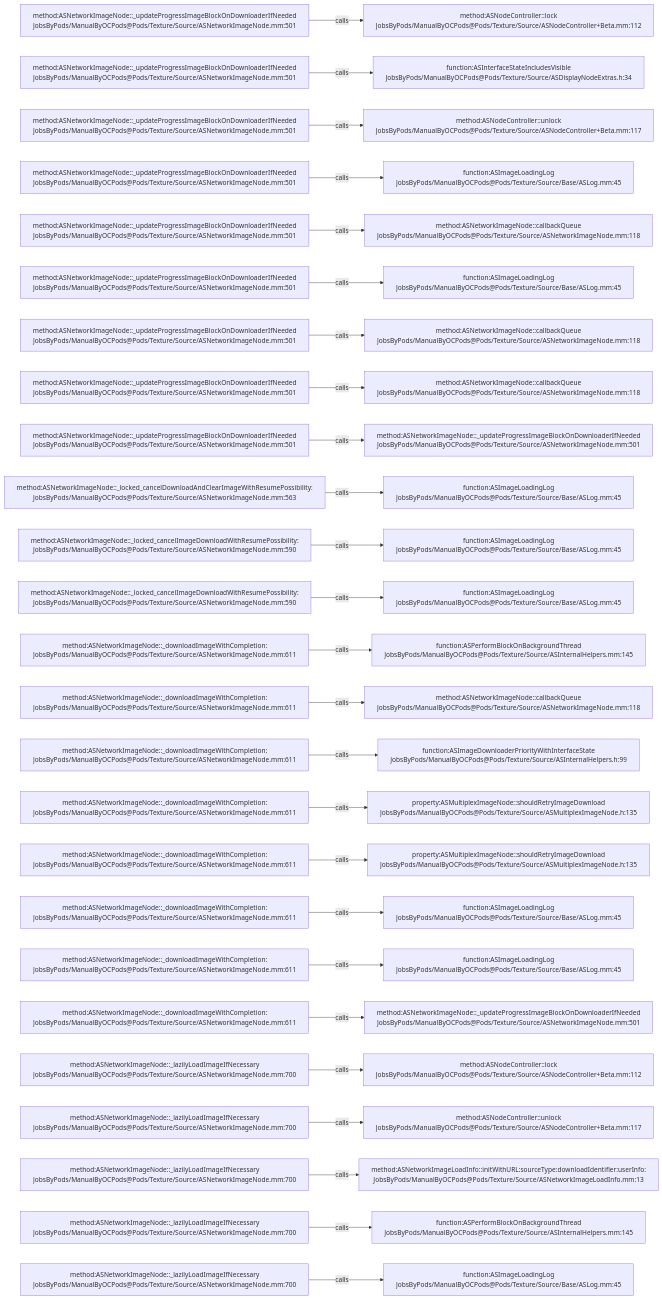
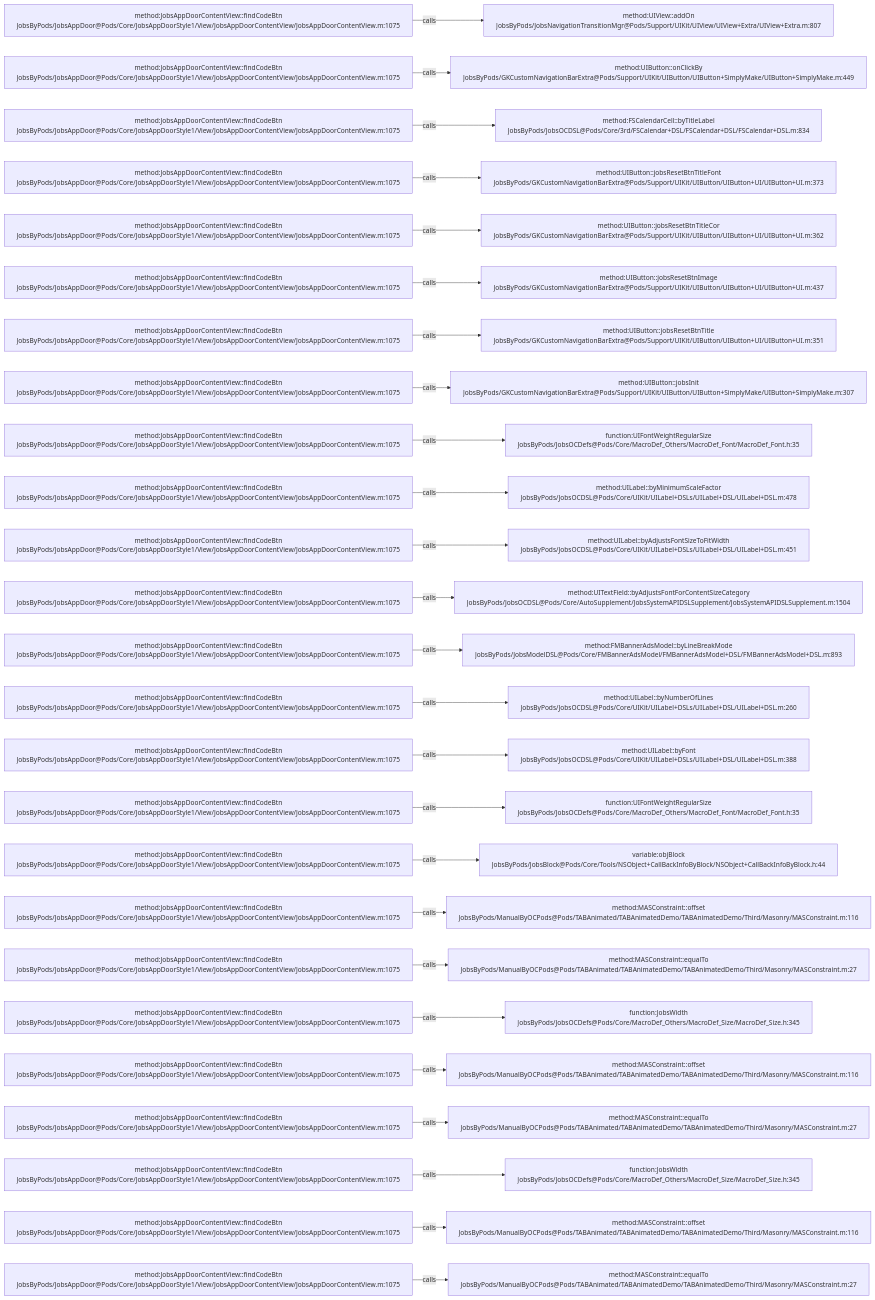
The diagram in .codegraph/codegraph.md/graphs/calls-103.md (JobsKits/JobsOCBaseConfigDemo), drawn with Mermaid before and after one commit. The commit also changed 768 other files, not shown here.

````diff
--- a/.codegraph/codegraph.md/graphs/calls-103.md
+++ b/.codegraph/codegraph.md/graphs/calls-103.md
@@ -13,78 +13,78 @@
 ```mermaid
 flowchart LR
-  S1["method:ASNetworkImageNode::_updateProgressImageBlockOnDownloaderIfNeeded<br/>JobsByPods/ManualByOCPods@Pods/Texture/Source/ASNetworkImageNode.mm:501"]
-  T1["method:ASNodeController::lock<br/>JobsByPods/ManualByOCPods@Pods/Texture/Source/ASNodeController+Beta.mm:112"]
+  S1["method:JobsAppDoorContentView::findCodeBtn<br/>JobsByPods/JobsAppDoor@Pods/Core/JobsAppDoorStyle1/View/JobsAppDoorContentView/JobsAppDoorContentView.m:1075"]
+  T1["method:UIView::addOn<br/>JobsByPods/JobsNavigationTransitionMgr@Pods/Support/UIKit/UIView/UIView+Extra/UIView+Extra.m:807"]
   S1 -->|calls| T1
-  S2["method:ASNetworkImageNode::_updateProgressImageBlockOnDownloaderIfNeeded<br/>JobsByPods/ManualByOCPods@Pods/Texture/Source/ASNetworkImageNode.mm:501"]
-  T2["function:ASInterfaceStateIncludesVisible<br/>JobsByPods/ManualByOCPods@Pods/Texture/Source/ASDisplayNodeExtras.h:34"]
+  S2["method:JobsAppDoorContentView::findCodeBtn<br/>JobsByPods/JobsAppDoor@Pods/Core/JobsAppDoorStyle1/View/JobsAppDoorContentView/JobsAppDoorContentView.m:1075"]
+  T2["method:UIButton::onClickBy<br/>JobsByPods/GKCustomNavigationBarExtra@Pods/Support/UIKit/UIButton/UIButton+SimplyMake/UIButton+SimplyMake.m:449"]
   S2 -->|calls| T2
-  S3["method:ASNetworkImageNode::_updateProgressImageBlockOnDownloaderIfNeeded<br/>JobsByPods/ManualByOCPods@Pods/Texture/Source/ASNetworkImageNode.mm:501"]
-  T3["method:ASNodeController::unlock<br/>JobsByPods/ManualByOCPods@Pods/Texture/Source/ASNodeController+Beta.mm:117"]
+  S3["method:JobsAppDoorContentView::findCodeBtn<br/>JobsByPods/JobsAppDoor@Pods/Core/JobsAppDoorStyle1/View/JobsAppDoorContentView/JobsAppDoorContentView.m:1075"]
+  T3["method:FSCalendarCell::byTitleLabel<br/>JobsByPods/JobsOCDSL@Pods/Core/3rd/FSCalendar+DSL/FSCalendar+DSL/FSCalendar+DSL.m:834"]
   S3 -->|calls| T3
-  S4["method:ASNetworkImageNode::_updateProgressImageBlockOnDownloaderIfNeeded<br/>JobsByPods/ManualByOCPods@Pods/Texture/Source/ASNetworkImageNode.mm:501"]
-  T4["function:ASImageLoadingLog<br/>JobsByPods/ManualByOCPods@Pods/Texture/Source/Base/ASLog.mm:45"]
+  S4["method:JobsAppDoorContentView::findCodeBtn<br/>JobsByPods/JobsAppDoor@Pods/Core/JobsAppDoorStyle1/View/JobsAppDoorContentView/JobsAppDoorContentView.m:1075"]
+  T4["method:UIButton::jobsResetBtnTitleFont<br/>JobsByPods/GKCustomNavigationBarExtra@Pods/Support/UIKit/UIButton/UIButton+UI/UIButton+UI.m:373"]
   S4 -->|calls| T4
-  S5["method:ASNetworkImageNode::_updateProgressImageBlockOnDownloaderIfNeeded<br/>JobsByPods/ManualByOCPods@Pods/Texture/Source/ASNetworkImageNode.mm:501"]
-  T5["method:ASNetworkImageNode::callbackQueue<br/>JobsByPods/ManualByOCPods@Pods/Texture/Source/ASNetworkImageNode.mm:118"]
+  S5["method:JobsAppDoorContentView::findCodeBtn<br/>JobsByPods/JobsAppDoor@Pods/Core/JobsAppDoorStyle1/View/JobsAppDoorContentView/JobsAppDoorContentView.m:1075"]
+  T5["method:UIButton::jobsResetBtnTitleCor<br/>JobsByPods/GKCustomNavigationBarExtra@Pods/Support/UIKit/UIButton/UIButton+UI/UIButton+UI.m:362"]
   S5 -->|calls| T5
-  S6["method:ASNetworkImageNode::_updateProgressImageBlockOnDownloaderIfNeeded<br/>JobsByPods/ManualByOCPods@Pods/Texture/Source/ASNetworkImageNode.mm:501"]
-  T6["function:ASImageLoadingLog<br/>JobsByPods/ManualByOCPods@Pods/Texture/Source/Base/ASLog.mm:45"]
+  S6["method:JobsAppDoorContentView::findCodeBtn<br/>JobsByPods/JobsAppDoor@Pods/Core/JobsAppDoorStyle1/View/JobsAppDoorContentView/JobsAppDoorContentView.m:1075"]
+  T6["method:UIButton::jobsResetBtnImage<br/>JobsByPods/GKCustomNavigationBarExtra@Pods/Support/UIKit/UIButton/UIButton+UI/UIButton+UI.m:437"]
   S6 -->|calls| T6
-  S7["method:ASNetworkImageNode::_updateProgressImageBlockOnDownloaderIfNeeded<br/>JobsByPods/ManualByOCPods@Pods/Texture/Source/ASNetworkImageNode.mm:501"]
-  T7["method:ASNetworkImageNode::callbackQueue<br/>JobsByPods/ManualByOCPods@Pods/Texture/Source/ASNetworkImageNode.mm:118"]
+  S7["method:JobsAppDoorContentView::findCodeBtn<br/>JobsByPods/JobsAppDoor@Pods/Core/JobsAppDoorStyle1/View/JobsAppDoorContentView/JobsAppDoorContentView.m:1075"]
+  T7["method:UIButton::jobsResetBtnTitle<br/>JobsByPods/GKCustomNavigationBarExtra@Pods/Support/UIKit/UIButton/UIButton+UI/UIButton+UI.m:351"]
   S7 -->|calls| T7
-  S8["method:ASNetworkImageNode::_updateProgressImageBlockOnDownloaderIfNeeded<br/>JobsByPods/ManualByOCPods@Pods/Texture/Source/ASNetworkImageNode.mm:501"]
-  T8["method:ASNetworkImageNode::callbackQueue<br/>JobsByPods/ManualByOCPods@Pods/Texture/Source/ASNetworkImageNode.mm:118"]
+  S8["method:JobsAppDoorContentView::findCodeBtn<br/>JobsByPods/JobsAppDoor@Pods/Core/JobsAppDoorStyle1/View/JobsAppDoorContentView/JobsAppDoorContentView.m:1075"]
+  T8["method:UIButton::jobsInit<br/>JobsByPods/GKCustomNavigationBarExtra@Pods/Support/UIKit/UIButton/UIButton+SimplyMake/UIButton+SimplyMake.m:307"]
   S8 -->|calls| T8
-  S9["method:ASNetworkImageNode::_updateProgressImageBlockOnDownloaderIfNeeded<br/>JobsByPods/ManualByOCPods@Pods/Texture/Source/ASNetworkImageNode.mm:501"]
-  T9["method:ASNetworkImageNode::_updateProgressImageBlockOnDownloaderIfNeeded<br/>JobsByPods/ManualByOCPods@Pods/Texture/Source/ASNetworkImageNode.mm:501"]
+  S9["method:JobsAppDoorContentView::findCodeBtn<br/>JobsByPods/JobsAppDoor@Pods/Core/JobsAppDoorStyle1/View/JobsAppDoorContentView/JobsAppDoorContentView.m:1075"]
+  T9["function:UIFontWeightRegularSize<br/>JobsByPods/JobsOCDefs@Pods/Core/MacroDef_Others/MacroDef_Font/MacroDef_Font.h:35"]
   S9 -->|calls| T9
-  S10["method:ASNetworkImageNode::_locked_cancelDownloadAndClearImageWithResumePossibility:<br/>JobsByPods/ManualByOCPods@Pods/Texture/Source/ASNetworkImageNode.mm:563"]
-  T10["function:ASImageLoadingLog<br/>JobsByPods/ManualByOCPods@Pods/Texture/Source/Base/ASLog.mm:45"]
+  S10["method:JobsAppDoorContentView::findCodeBtn<br/>JobsByPods/JobsAppDoor@Pods/Core/JobsAppDoorStyle1/View/JobsAppDoorContentView/JobsAppDoorContentView.m:1075"]
+  T10["method:UILabel::byMinimumScaleFactor<br/>JobsByPods/JobsOCDSL@Pods/Core/UIKit/UILabel+DSLs/UILabel+DSL/UILabel+DSL.m:478"]
   S10 -->|calls| T10
-  S11["method:ASNetworkImageNode::_locked_cancelImageDownloadWithResumePossibility:<br/>JobsByPods/ManualByOCPods@Pods/Texture/Source/ASNetworkImageNode.mm:590"]
-  T11["function:ASImageLoadingLog<br/>JobsByPods/ManualByOCPods@Pods/Texture/Source/Base/ASLog.mm:45"]
+  S11["method:JobsAppDoorContentView::findCodeBtn<br/>JobsByPods/JobsAppDoor@Pods/Core/JobsAppDoorStyle1/View/JobsAppDoorContentView/JobsAppDoorContentView.m:1075"]
+  T11["method:UILabel::byAdjustsFontSizeToFitWidth<br/>JobsByPods/JobsOCDSL@Pods/Core/UIKit/UILabel+DSLs/UILabel+DSL/UILabel+DSL.m:451"]
   S11 -->|calls| T11
-  S12["method:ASNetworkImageNode::_locked_cancelImageDownloadWithResumePossibility:<br/>JobsByPods/ManualByOCPods@Pods/Texture/Source/ASNetworkImageNode.mm:590"]
-  T12["function:ASImageLoadingLog<br/>JobsByPods/ManualByOCPods@Pods/Texture/Source/Base/ASLog.mm:45"]
+  S12["method:JobsAppDoorContentView::findCodeBtn<br/>JobsByPods/JobsAppDoor@Pods/Core/JobsAppDoorStyle1/View/JobsAppDoorContentView/JobsAppDoorContentView.m:1075"]
+  T12["method:UITextField::byAdjustsFontForContentSizeCategory<br/>JobsByPods/JobsOCDSL@Pods/Core/AutoSupplement/JobsSystemAPIDSLSupplement/JobsSystemAPIDSLSupplement.m:1504"]
   S12 -->|calls| T12
-  S13["method:ASNetworkImageNode::_downloadImageWithCompletion:<br/>JobsByPods/ManualByOCPods@Pods/Texture/Source/ASNetworkImageNode.mm:611"]
-  T13["function:ASPerformBlockOnBackgroundThread<br/>JobsByPods/ManualByOCPods@Pods/Texture/Source/ASInternalHelpers.mm:145"]
+  S13["method:JobsAppDoorContentView::findCodeBtn<br/>JobsByPods/JobsAppDoor@Pods/Core/JobsAppDoorStyle1/View/JobsAppDoorContentView/JobsAppDoorContentView.m:1075"]
+  T13["method:FMBannerAdsModel::byLineBreakMode<br/>JobsByPods/JobsModelDSL@Pods/Core/FMBannerAdsModel/FMBannerAdsModel+DSL/FMBannerAdsModel+DSL.m:893"]
   S13 -->|calls| T13
-  S14["method:ASNetworkImageNode::_downloadImageWithCompletion:<br/>JobsByPods/ManualByOCPods@Pods/Texture/Source/ASNetworkImageNode.mm:611"]
-  T14["method:ASNetworkImageNode::callbackQueue<br/>JobsByPods/ManualByOCPods@Pods/Texture/Source/ASNetworkImageNode.mm:118"]
+  S14["method:JobsAppDoorContentView::findCodeBtn<br/>JobsByPods/JobsAppDoor@Pods/Core/JobsAppDoorStyle1/View/JobsAppDoorContentView/JobsAppDoorContentView.m:1075"]
+  T14["method:UILabel::byNumberOfLines<br/>JobsByPods/JobsOCDSL@Pods/Core/UIKit/UILabel+DSLs/UILabel+DSL/UILabel+DSL.m:260"]
   S14 -->|calls| T14
-  S15["method:ASNetworkImageNode::_downloadImageWithCompletion:<br/>JobsByPods/ManualByOCPods@Pods/Texture/Source/ASNetworkImageNode.mm:611"]
-  T15["function:ASImageDownloaderPriorityWithInterfaceState<br/>JobsByPods/ManualByOCPods@Pods/Texture/Source/ASInternalHelpers.h:99"]
+  S15["method:JobsAppDoorContentView::findCodeBtn<br/>JobsByPods/JobsAppDoor@Pods/Core/JobsAppDoorStyle1/View/JobsAppDoorContentView/JobsAppDoorContentView.m:1075"]
+  T15["method:UILabel::byFont<br/>JobsByPods/JobsOCDSL@Pods/Core/UIKit/UILabel+DSLs/UILabel+DSL/UILabel+DSL.m:388"]
   S15 -->|calls| T15
-  S16["method:ASNetworkImageNode::_downloadImageWithCompletion:<br/>JobsByPods/ManualByOCPods@Pods/Texture/Source/ASNetworkImageNode.mm:611"]
-  T16["property:ASMultiplexImageNode::shouldRetryImageDownload<br/>JobsByPods/ManualByOCPods@Pods/Texture/Source/ASMultiplexImageNode.h:135"]
+  S16["method:JobsAppDoorContentView::findCodeBtn<br/>JobsByPods/JobsAppDoor@Pods/Core/JobsAppDoorStyle1/View/JobsAppDoorContentView/JobsAppDoorContentView.m:1075"]
+  T16["function:UIFontWeightRegularSize<br/>JobsByPods/JobsOCDefs@Pods/Core/MacroDef_Others/MacroDef_Font/MacroDef_Font.h:35"]
   S16 -->|calls| T16
-  S17["method:ASNetworkImageNode::_downloadImageWithCompletion:<br/>JobsByPods/ManualByOCPods@Pods/Texture/Source/ASNetworkImageNode.mm:611"]
-  T17["property:ASMultiplexImageNode::shouldRetryImageDownload<br/>JobsByPods/ManualByOCPods@Pods/Texture/Source/ASMultiplexImageNode.h:135"]
+  S17["method:JobsAppDoorContentView::findCodeBtn<br/>JobsByPods/JobsAppDoor@Pods/Core/JobsAppDoorStyle1/View/JobsAppDoorContentView/JobsAppDoorContentView.m:1075"]
+  T17["variable:objBlock<br/>JobsByPods/JobsBlock@Pods/Core/Tools/NSObject+CallBackInfoByBlock/NSObject+CallBackInfoByBlock.h:44"]
   S17 -->|calls| T17
-  S18["method:ASNetworkImageNode::_downloadImageWithCompletion:<br/>JobsByPods/ManualByOCPods@Pods/Texture/Source/ASNetworkImageNode.mm:611"]
-  T18["function:ASImageLoadingLog<br/>JobsByPods/ManualByOCPods@Pods/Texture/Source/Base/ASLog.mm:45"]
+  S18["method:JobsAppDoorContentView::findCodeBtn<br/>JobsByPods/JobsAppDoor@Pods/Core/JobsAppDoorStyle1/View/JobsAppDoorContentView/JobsAppDoorContentView.m:1075"]
+  T18["method:MASConstraint::offset<br/>JobsByPods/ManualByOCPods@Pods/TABAnimated/TABAnimatedDemo/TABAnimatedDemo/Third/Masonry/MASConstraint.m:116"]
   S18 -->|calls| T18
-  S19["method:ASNetworkImageNode::_downloadImageWithCompletion:<br/>JobsByPods/ManualByOCPods@Pods/Texture/Source/ASNetworkImageNode.mm:611"]
-  T19["function:ASImageLoadingLog<br/>JobsByPods/ManualByOCPods@Pods/Texture/Source/Base/ASLog.mm:45"]
+  S19["method:JobsAppDoorContentView::findCodeBtn<br/>JobsByPods/JobsAppDoor@Pods/Core/JobsAppDoorStyle1/View/JobsAppDoorContentView/JobsAppDoorContentView.m:1075"]
+  T19["method:MASConstraint::equalTo<br/>JobsByPods/ManualByOCPods@Pods/TABAnimated/TABAnimatedDemo/TABAnimatedDemo/Third/Masonry/MASConstraint.m:27"]
   S19 -->|calls| T19
-  S20["method:ASNetworkImageNode::_downloadImageWithCompletion:<br/>JobsByPods/ManualByOCPods@Pods/Texture/Source/ASNetworkImageNode.mm:611"]
-  T20["method:ASNetworkImageNode::_updateProgressImageBlockOnDownloaderIfNeeded<br/>JobsByPods/ManualByOCPods@Pods/Texture/Source/ASNetworkImageNode.mm:501"]
+  S20["method:JobsAppDoorContentView::findCodeBtn<br/>JobsByPods/JobsAppDoor@Pods/Core/JobsAppDoorStyle1/View/JobsAppDoorContentView/JobsAppDoorContentView.m:1075"]
+  T20["function:JobsWidth<br/>JobsByPods/JobsOCDefs@Pods/Core/MacroDef_Others/MacroDef_Size/MacroDef_Size.h:345"]
   S20 -->|calls| T20
-  S21["method:ASNetworkImageNode::_lazilyLoadImageIfNecessary<br/>JobsByPods/ManualByOCPods@Pods/Texture/Source/ASNetworkImageNode.mm:700"]
-  T21["method:ASNodeController::lock<br/>JobsByPods/ManualByOCPods@Pods/Texture/Source/ASNodeController+Beta.mm:112"]
+  S21["method:JobsAppDoorContentView::findCodeBtn<br/>JobsByPods/JobsAppDoor@Pods/Core/JobsAppDoorStyle1/View/JobsAppDoorContentView/JobsAppDoorContentView.m:1075"]
+  T21["method:MASConstraint::offset<br/>JobsByPods/ManualByOCPods@Pods/TABAnimated/TABAnimatedDemo/TABAnimatedDemo/Third/Masonry/MASConstraint.m:116"]
   S21 -->|calls| T21
-  S22["method:ASNetworkImageNode::_lazilyLoadImageIfNecessary<br/>JobsByPods/ManualByOCPods@Pods/Texture/Source/ASNetworkImageNode.mm:700"]
-  T22["method:ASNodeController::unlock<br/>JobsByPods/ManualByOCPods@Pods/Texture/Source/ASNodeController+Beta.mm:117"]
+  S22["method:JobsAppDoorContentView::findCodeBtn<br/>JobsByPods/JobsAppDoor@Pods/Core/JobsAppDoorStyle1/View/JobsAppDoorContentView/JobsAppDoorContentView.m:1075"]
+  T22["method:MASConstraint::equalTo<br/>JobsByPods/ManualByOCPods@Pods/TABAnimated/TABAnimatedDemo/TABAnimatedDemo/Third/Masonry/MASConstraint.m:27"]
   S22 -->|calls| T22
-  S23["method:ASNetworkImageNode::_lazilyLoadImageIfNecessary<br/>JobsByPods/ManualByOCPods@Pods/Texture/Source/ASNetworkImageNode.mm:700"]
-  T23["method:ASNetworkImageLoadInfo::initWithURL:sourceType:downloadIdentifier:userInfo:<br/>JobsByPods/ManualByOCPods@Pods/Texture/Source/ASNetworkImageLoadInfo.mm:13"]
+  S23["method:JobsAppDoorContentView::findCodeBtn<br/>JobsByPods/JobsAppDoor@Pods/Core/JobsAppDoorStyle1/View/JobsAppDoorContentView/JobsAppDoorContentView.m:1075"]
+  T23["function:JobsWidth<br/>JobsByPods/JobsOCDefs@Pods/Core/MacroDef_Others/MacroDef_Size/MacroDef_Size.h:345"]
   S23 -->|calls| T23
-  S24["method:ASNetworkImageNode::_lazilyLoadImageIfNecessary<br/>JobsByPods/ManualByOCPods@Pods/Texture/Source/ASNetworkImageNode.mm:700"]
-  T24["function:ASPerformBlockOnBackgroundThread<br/>JobsByPods/ManualByOCPods@Pods/Texture/Source/ASInternalHelpers.mm:145"]
+  S24["method:JobsAppDoorContentView::findCodeBtn<br/>JobsByPods/JobsAppDoor@Pods/Core/JobsAppDoorStyle1/View/JobsAppDoorContentView/JobsAppDoorContentView.m:1075"]
+  T24["method:MASConstraint::offset<br/>JobsByPods/ManualByOCPods@Pods/TABAnimated/TABAnimatedDemo/TABAnimatedDemo/Third/Masonry/MASConstraint.m:116"]
   S24 -->|calls| T24
-  S25["method:ASNetworkImageNode::_lazilyLoadImageIfNecessary<br/>JobsByPods/ManualByOCPods@Pods/Texture/Source/ASNetworkImageNode.mm:700"]
-  T25["function:ASImageLoadingLog<br/>JobsByPods/ManualByOCPods@Pods/Texture/Source/Base/ASLog.mm:45"]
+  S25["method:JobsAppDoorContentView::findCodeBtn<br/>JobsByPods/JobsAppDoor@Pods/Core/JobsAppDoorStyle1/View/JobsAppDoorContentView/JobsAppDoorContentView.m:1075"]
+  T25["method:MASConstraint::equalTo<br/>JobsByPods/ManualByOCPods@Pods/TABAnimated/TABAnimatedDemo/TABAnimatedDemo/Third/Masonry/MASConstraint.m:27"]
   S25 -->|calls| T25
 ```
````
